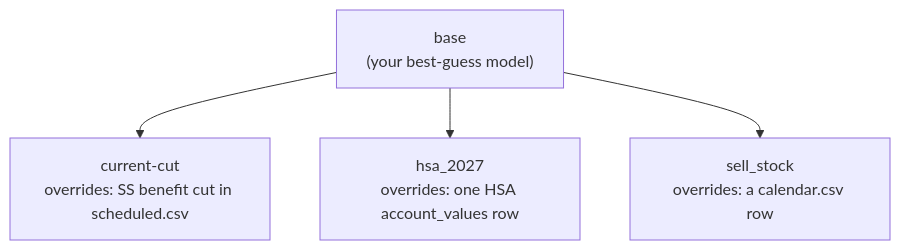
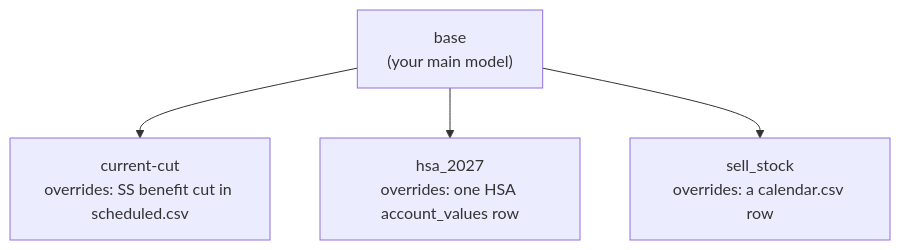
Before and after one commit to BobKerns/analysis: the first of 3 diagrams in docs/user-guide.md, drawn with Mermaid. The commit also changed other lines of this file and 1 other file, not shown here.

````diff
--- a/docs/user-guide.md
+++ b/docs/user-guide.md
@@ -31,10 +32,10 @@
 ```mermaid
 flowchart TB
-    base["base\n(your best-guess model)"]
+    base["base\n(your main model)"]
     cut["current-cut\noverrides: SS benefit cut in scheduled.csv"]
     hsa["hsa_2027\noverrides: one HSA account_values row"]
     sell["sell_stock\noverrides: a calendar.csv row"]
     base --> cut
     base --> hsa
     base --> sell
 ```
````
